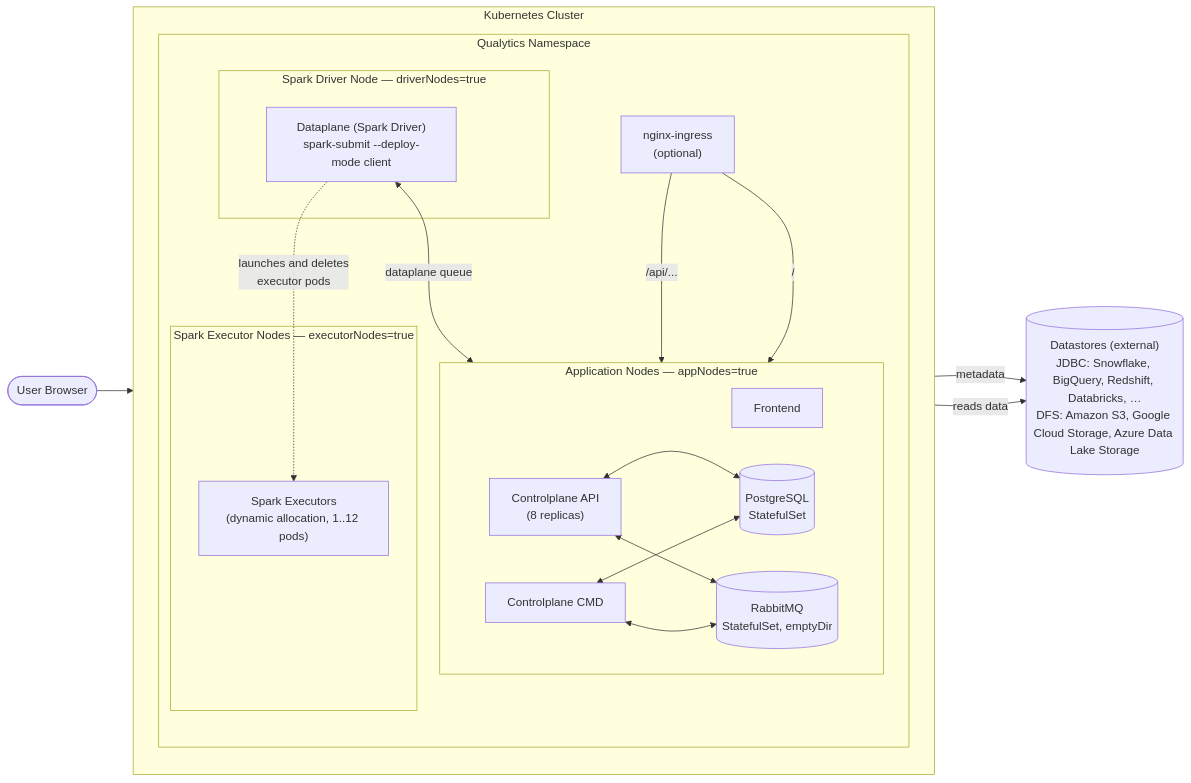
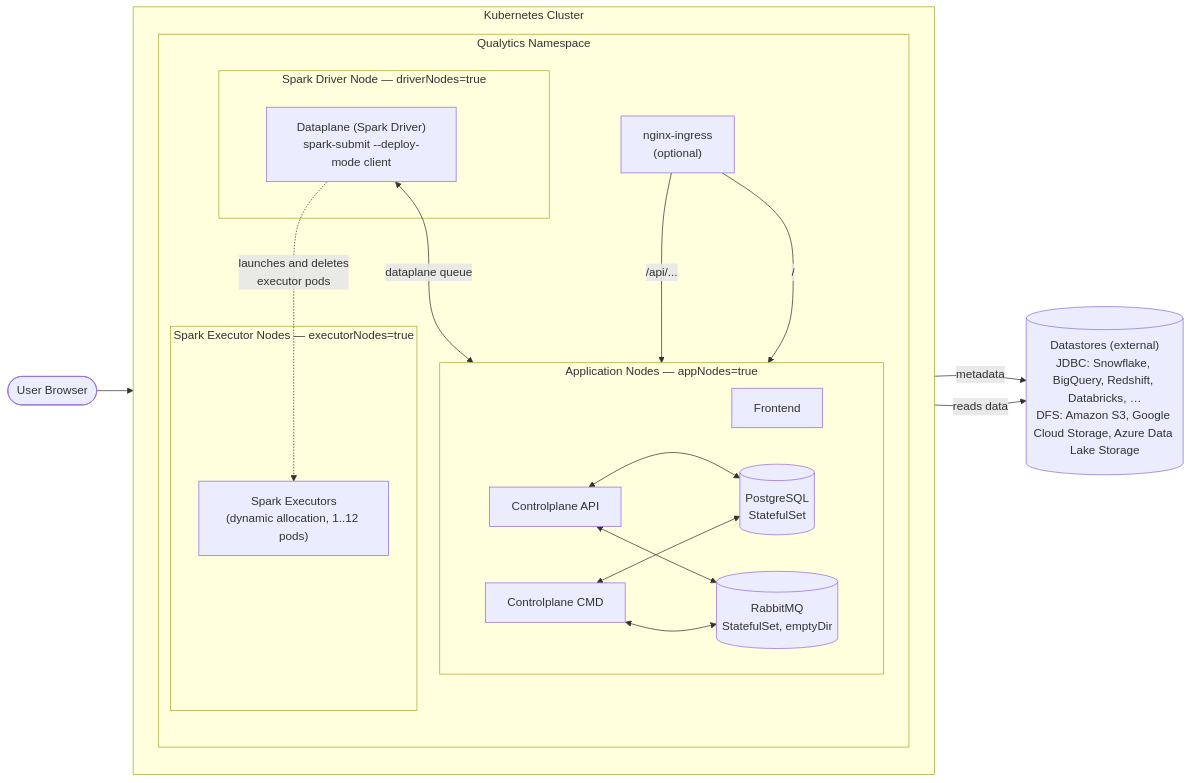
One commit to Qualytics/qualytics-self-hosted changed the diagram in README.md. Above: the diagram before and after it, drawn with Mermaid. The commit also changed other lines of this file and 17 other files, not shown here.

````diff
--- a/README.md
+++ b/README.md
@@ -11,45 +11,45 @@
 ```mermaid
 flowchart LR
   user([User Browser])
 
   datastores[("Datastores (external)<br/>JDBC: Snowflake, BigQuery, Redshift, Databricks, …<br/>DFS: Amazon S3, Google Cloud Storage, Azure Data Lake Storage")]
 
   subgraph k8s["Kubernetes Cluster"]
     direction TB
     subgraph ns["Qualytics Namespace"]
       direction TB
 
       nginx["nginx-ingress<br/>(optional)"]
 
       subgraph appPool["Application Nodes — appNodes=true"]
         direction LR
         fe["Frontend"]
-        api["Controlplane API<br/>(8 replicas)"]
+        api["Controlplane API"]
         cmd["Controlplane CMD"]
         pg[("PostgreSQL<br/>StatefulSet")]
         rmq[("RabbitMQ<br/>StatefulSet, emptyDir")]
       end
 
       subgraph driverPool["Spark Driver Node — driverNodes=true"]
         driver["Dataplane (Spark Driver)<br/>spark-submit --deploy-mode client"]
       end
 
       subgraph execPool["Spark Executor Nodes — executorNodes=true"]
         executors["Spark Executors<br/>(dynamic allocation, 1..12 pods)"]
       end
     end
   end
 
   user --> nginx
   nginx -->|/| fe
   nginx -->|/api/...| api
   api <--> pg
   api <--> rmq
   cmd <--> pg
   cmd <--> rmq
   driver <-->|dataplane queue| rmq
   driver -.->|launches and deletes<br/>executor pods| executors
 
   driver -->|metadata| datastores
   executors -->|reads data| datastores
 ```
````
